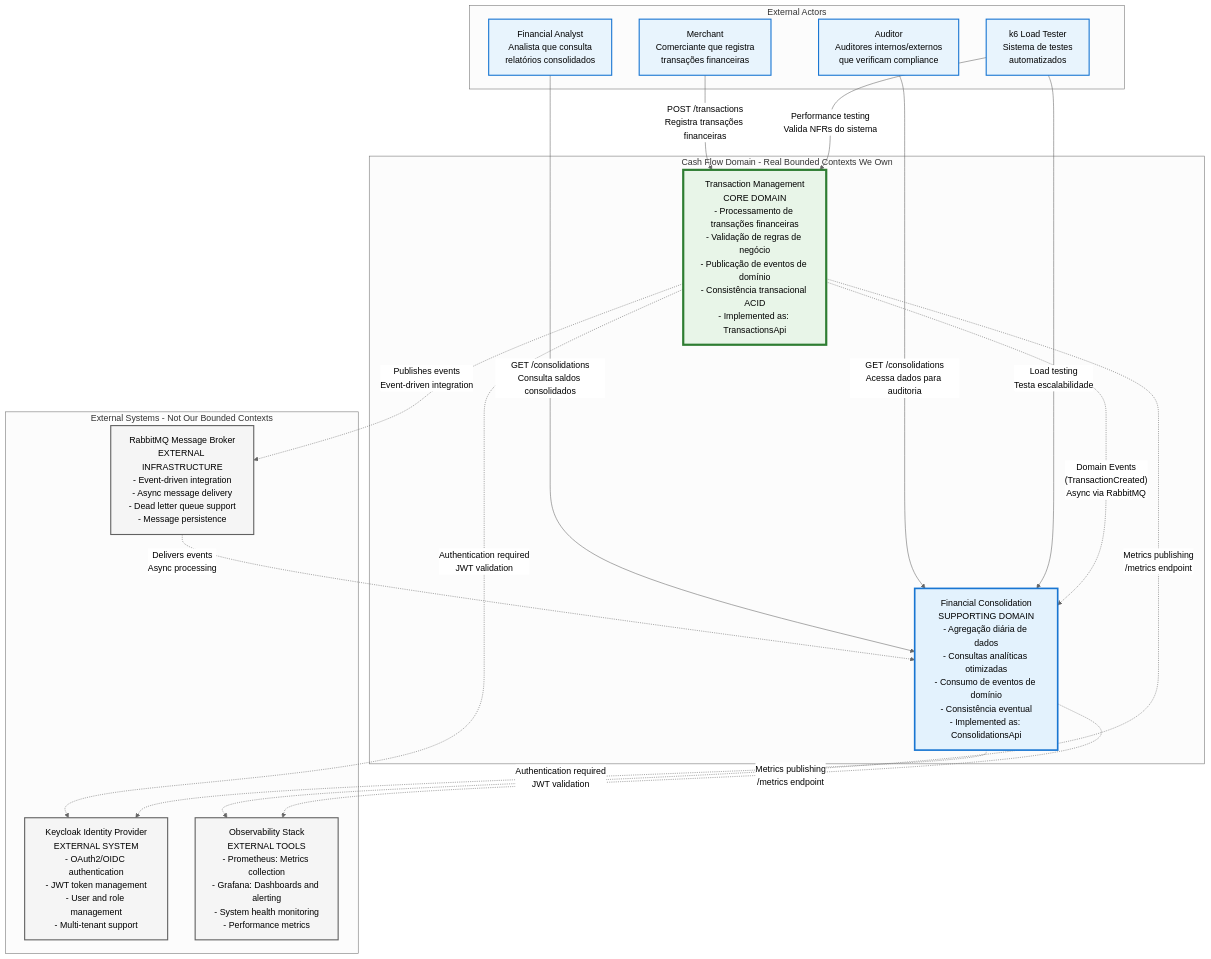
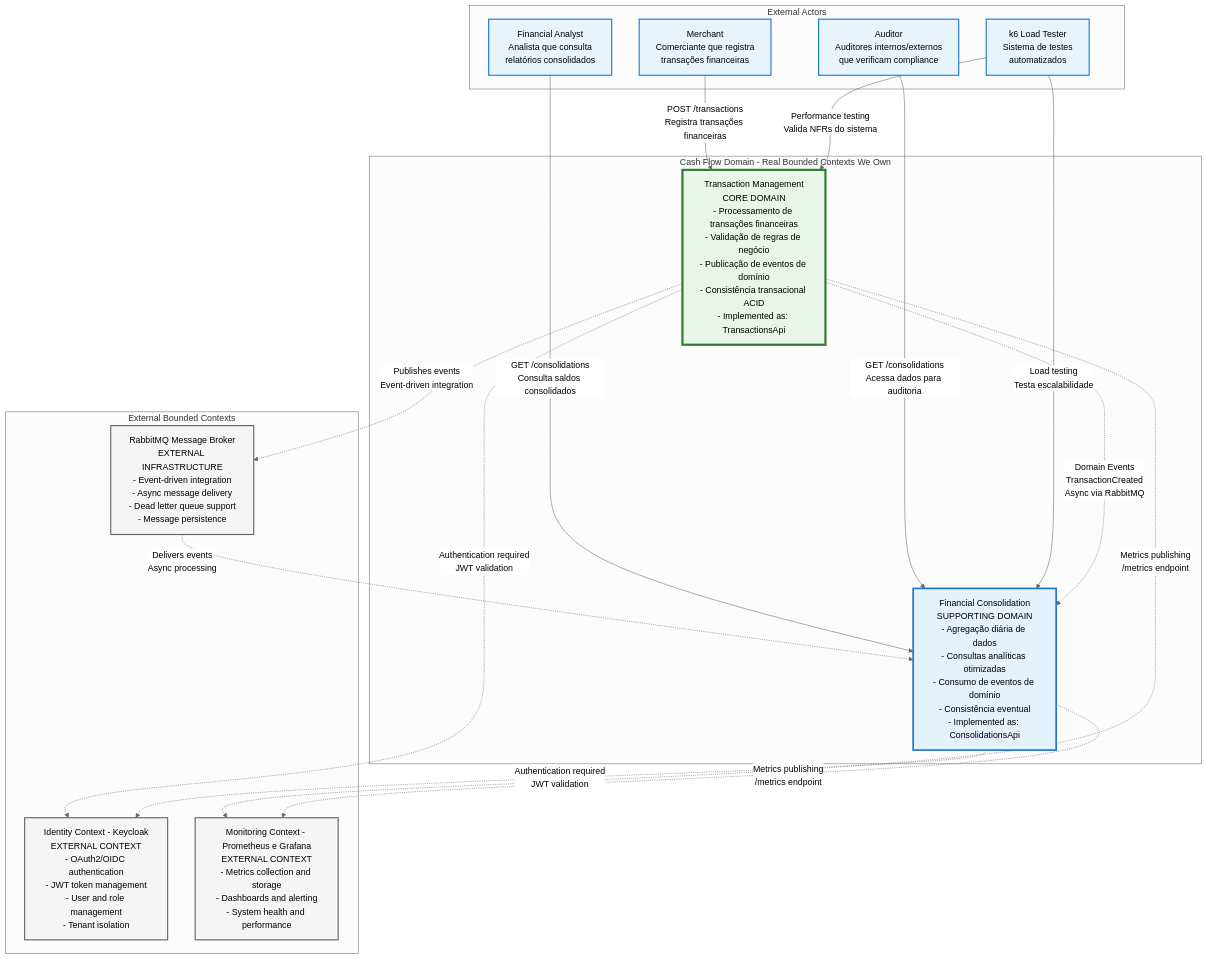
One commit to whereisanzi/cash-flow-system changed the diagram in docs/diagrams/c4-01-system-context.mmd. Above: the diagram before and after it, drawn with Mermaid (neutral theme). The commit also changed 38 other files, not shown here.

```diff
--- a/docs/diagrams/c4-01-system-context.mmd
+++ b/docs/diagrams/c4-01-system-context.mmd
@@ -1,56 +1,56 @@
 graph TB
   subgraph External[External Actors]
     Merchant[Merchant<br/>Comerciante que registra<br/>transações financeiras]
     FinancialAnalyst[Financial Analyst<br/>Analista que consulta<br/>relatórios consolidados]
     Auditor[Auditor<br/>Auditores internos/externos<br/>que verificam compliance]
     LoadTester[k6 Load Tester<br/>Sistema de testes<br/>automatizados]
   end
 
   subgraph CashFlowDomain[Cash Flow Domain - Real Bounded Contexts We Own]
 
     TransactionContext[Transaction Management<br/>CORE DOMAIN<br/>- Processamento de transações financeiras<br/>- Validação de regras de negócio<br/>- Publicação de eventos de domínio<br/>- Consistência transacional ACID<br/>- Implemented as: TransactionsApi]
 
     ConsolidationContext[Financial Consolidation<br/>SUPPORTING DOMAIN<br/>- Agregação diária de dados<br/>- Consultas analíticas otimizadas<br/>- Consumo de eventos de domínio<br/>- Consistência eventual<br/>- Implemented as: ConsolidationsApi]
 
   end
 
-  subgraph ExternalSystems[External Systems - Not Our Bounded Contexts]
+  subgraph ExternalSystems[External Bounded Contexts]
 
-    IdentityProvider[Keycloak Identity Provider<br/>EXTERNAL SYSTEM<br/>- OAuth2/OIDC authentication<br/>- JWT token management<br/>- User and role management<br/>- Multi-tenant support]
+    IdentityProvider[Identity Context - Keycloak<br/>EXTERNAL CONTEXT<br/>- OAuth2/OIDC authentication<br/>- JWT token management<br/>- User and role management<br/>- Tenant isolation]
 
-    MonitoringStack[Observability Stack<br/>EXTERNAL TOOLS<br/>- Prometheus: Metrics collection<br/>- Grafana: Dashboards and alerting<br/>- System health monitoring<br/>- Performance metrics]
+    MonitoringStack[Monitoring Context - Prometheus e Grafana<br/>EXTERNAL CONTEXT<br/>- Metrics collection and storage<br/>- Dashboards and alerting<br/>- System health and performance]
 
     MessageBroker[RabbitMQ Message Broker<br/>EXTERNAL INFRASTRUCTURE<br/>- Event-driven integration<br/>- Async message delivery<br/>- Dead letter queue support<br/>- Message persistence]
 
   end
 
   %% Business Interactions - Users to Our Domain
   Merchant -->|"POST /transactions<br/>Registra transações financeiras"| TransactionContext
   FinancialAnalyst -->|"GET /consolidations<br/>Consulta saldos consolidados"| ConsolidationContext
   Auditor -->|"GET /consolidations<br/>Acessa dados para auditoria"| ConsolidationContext
   LoadTester -->|"Performance testing<br/>Valida NFRs do sistema"| TransactionContext
   LoadTester -->|"Load testing<br/>Testa escalabilidade"| ConsolidationContext
 
   %% Domain Integration - DDD Context Mapping
-  TransactionContext -.->|"Domain Events<br/>(TransactionCreated)<br/>Async via RabbitMQ"| ConsolidationContext
+  TransactionContext -.->|"Domain Events<br/>TransactionCreated<br/>Async via RabbitMQ"| ConsolidationContext
 
   %% External Dependencies - Our Domain to External Systems
   TransactionContext -.->|"Publishes events<br/>Event-driven integration"| MessageBroker
   MessageBroker -.->|"Delivers events<br/>Async processing"| ConsolidationContext
 
   TransactionContext -.->|"Authentication required<br/>JWT validation"| IdentityProvider
   ConsolidationContext -.->|"Authentication required<br/>JWT validation"| IdentityProvider
 
   TransactionContext -.->|"Metrics publishing<br/>/metrics endpoint"| MonitoringStack
   ConsolidationContext -.->|"Metrics publishing<br/>/metrics endpoint"| MonitoringStack
 
-  %% Styling for C4 Level 1 - System Context (Real Architecture)
+  %% Styling for C4 Level 1 - System Context - Real Architecture
   classDef actor fill:#e8f4fd,stroke:#1976d2,stroke-width:2px
   classDef coreContext fill:#e8f5e8,stroke:#2e7d32,stroke-width:4px
   classDef supportingContext fill:#e3f2fd,stroke:#1976d2,stroke-width:3px
   classDef externalSystem fill:#f5f5f5,stroke:#616161,stroke-width:2px
 
   class Merchant,FinancialAnalyst,Auditor,LoadTester actor
   class TransactionContext coreContext
   class ConsolidationContext supportingContext
   class IdentityProvider,MonitoringStack,MessageBroker externalSystem
```
